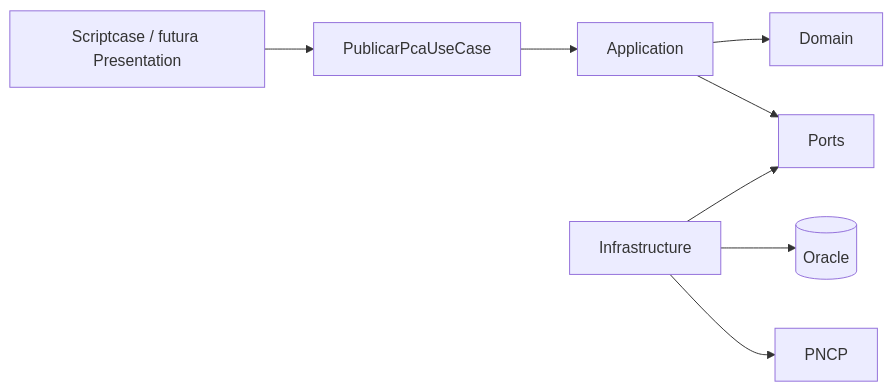
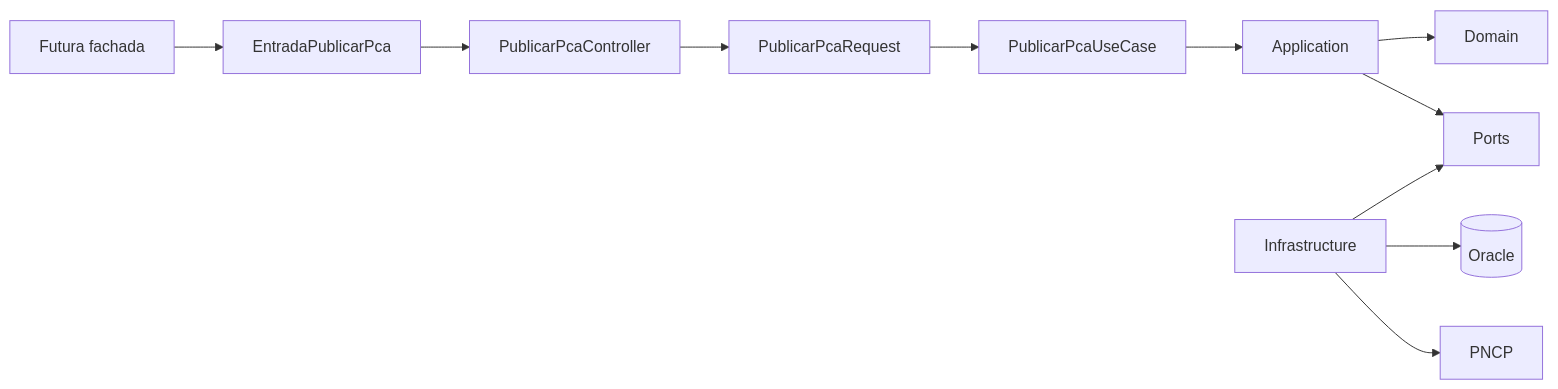
Before and after one commit to JhonnyRodrigues/pca-pncp-backend: the first of 3 diagrams in docs/vigentes/apoio/guia_de_leitura_do_codigo.md, drawn with Mermaid. The commit also changed other lines of this file and 11 other files, not shown here.

First line of the commit message:
feat(presentation): implementa Controller e encerra Sprint 7.1

````diff
--- a/docs/vigentes/apoio/guia_de_leitura_do_codigo.md
+++ b/docs/vigentes/apoio/guia_de_leitura_do_codigo.md
@@ -16,10 +16,13 @@
 ```mermaid
 flowchart LR
-    H[Scriptcase / futura Presentation] --> U[PublicarPcaUseCase]
+    F[Futura fachada] --> E[EntradaPublicarPca]
+    E --> C[PublicarPcaController]
+    C --> R[PublicarPcaRequest]
+    R --> U[PublicarPcaUseCase]
     U --> A[Application]
     A --> D[Domain]
     A --> P[Ports]
     I[Infrastructure] --> P
     I --> O[(Oracle)]
     I --> N[PNCP]
 ```
````
